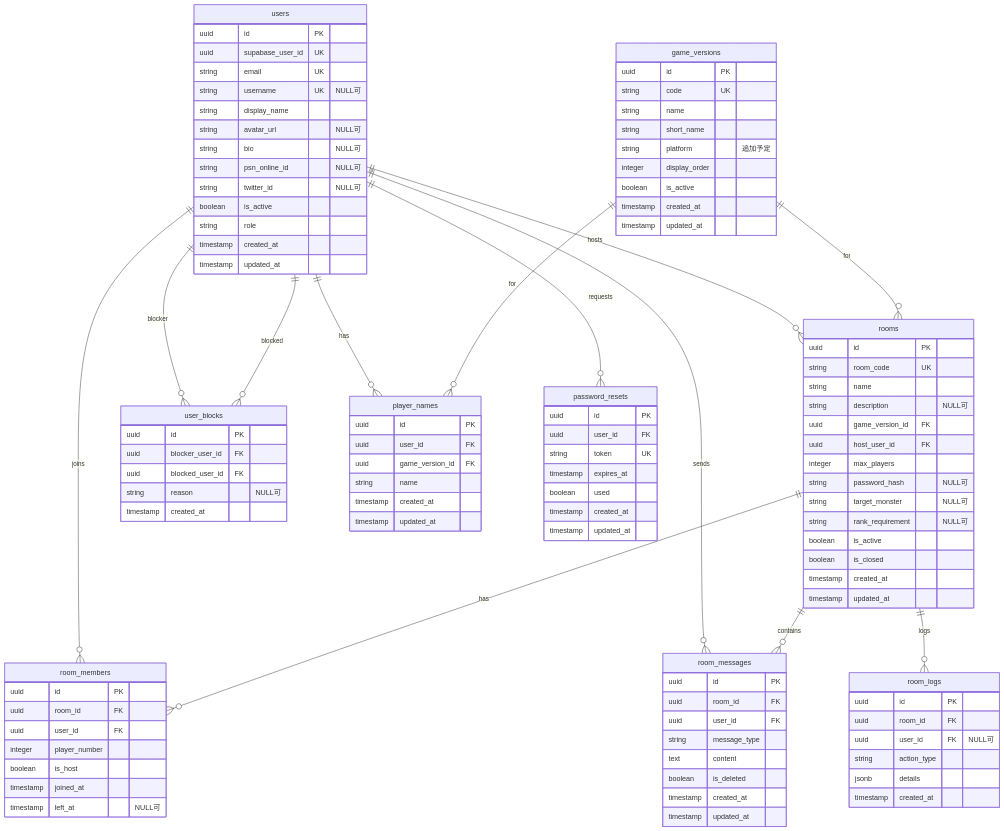
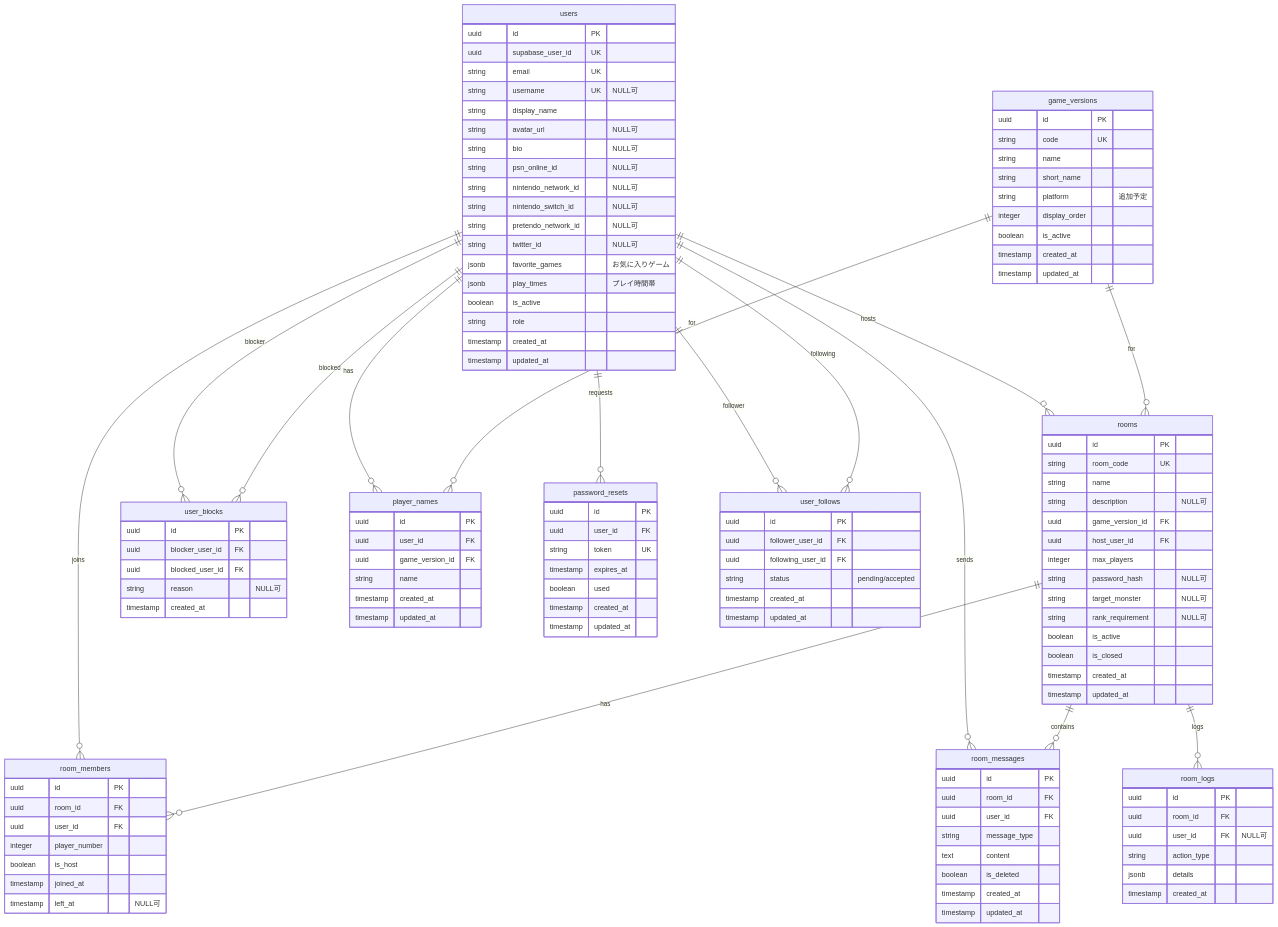
The diagram in docs/er.md (motty93/mhp-rooms), drawn with Mermaid before and after one commit. The commit also changed other lines of this file and 1 other file, not shown here.

Commit message:
docs: ドキュメント修正

````diff
--- a/docs/er.md
+++ b/docs/er.md
@@ -14,6 +14,8 @@
     users ||--o{ user_blocks : "blocked"
     users ||--o{ player_names : "has"
     users ||--o{ password_resets : "requests"
+    users ||--o{ user_follows : "follower"
+    users ||--o{ user_follows : "following"
     
     game_versions ||--o{ rooms : "for"
     game_versions ||--o{ player_names : "for"
@@ -31,7 +33,12 @@
         string avatar_url "NULL可"
         string bio "NULL可"
         string psn_online_id "NULL可"
+        string nintendo_network_id "NULL可"
+        string nintendo_switch_id "NULL可"
+        string pretendo_network_id "NULL可"
         string twitter_id "NULL可"
+        jsonb favorite_games "お気に入りゲーム"
+        jsonb play_times "プレイ時間帯"
         boolean is_active
         string role
         timestamp created_at
@@ -123,4 +130,13 @@
         timestamp created_at
         timestamp updated_at
     }
+
+    user_follows {
+        uuid id PK
+        uuid follower_user_id FK
+        uuid following_user_id FK
+        string status "pending/accepted"
+        timestamp created_at
+        timestamp updated_at
+    }
 ```
````
